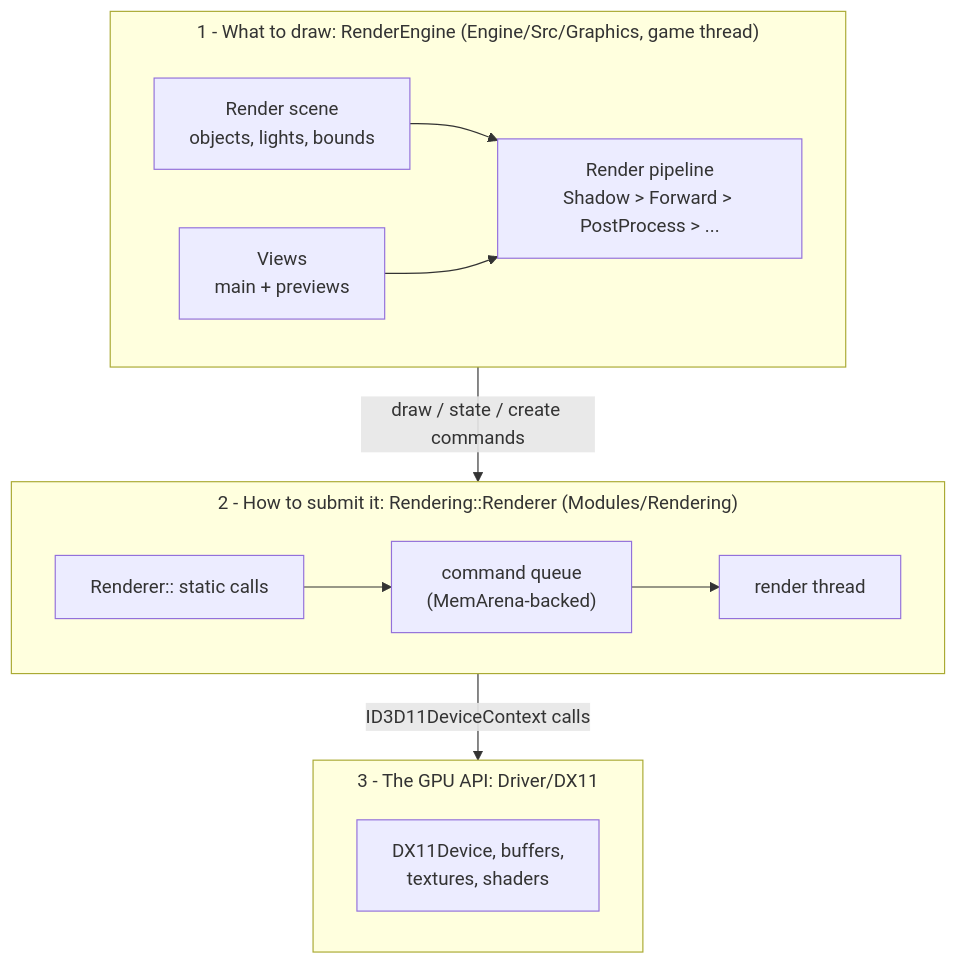
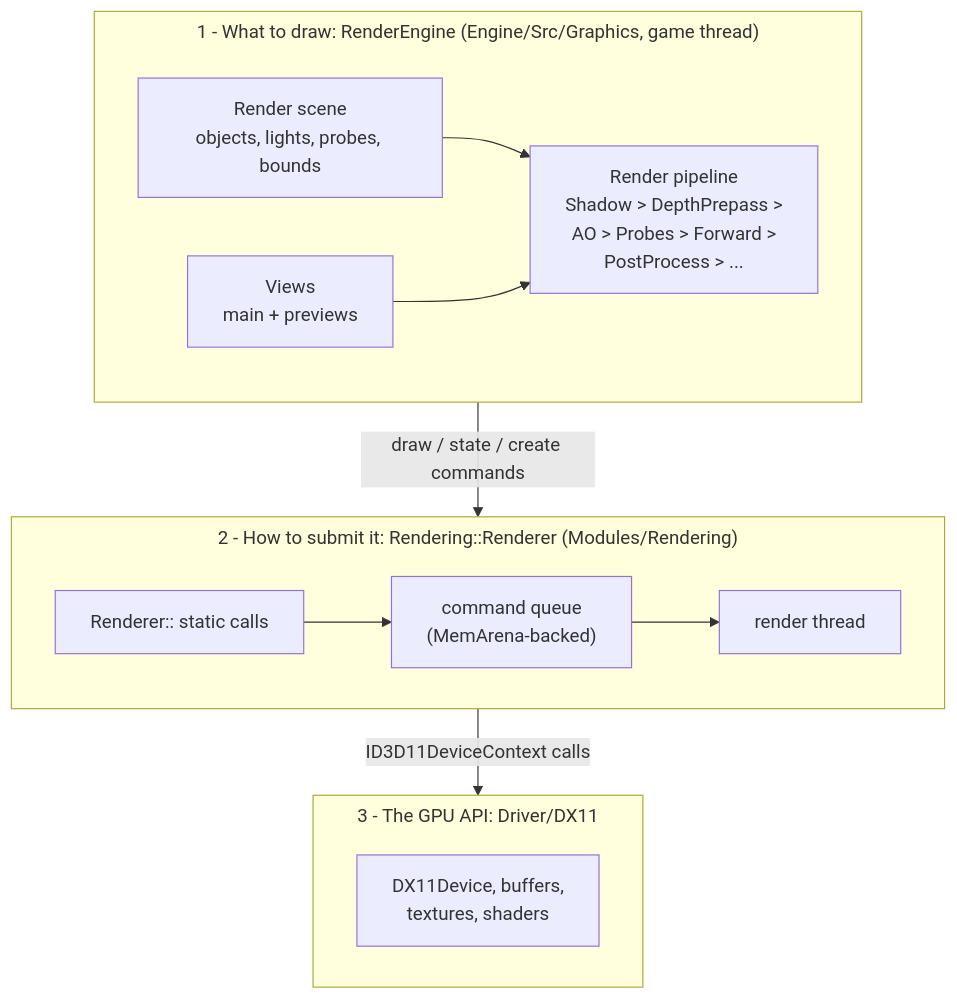
One commit to b1nary0/RZE changed the first of 2 diagrams in Docs/Generated/Engine/04-Rendering/Rendering-Overview.md. Above: the diagram before and after it, drawn with Mermaid. The commit also changed other lines of this file and 5 other files, not shown here.

````diff
--- a/Docs/Generated/Engine/04-Rendering/Rendering-Overview.md
+++ b/Docs/Generated/Engine/04-Rendering/Rendering-Overview.md
@@ -5,19 +5,19 @@
 ```mermaid
 %%{init: {'flowchart': {'subGraphTitleMargin': {'top': 6, 'bottom': 10}}, 'themeCSS': '.labelBkg, .edgeLabel { background-color: var(--background-primary) !important; } .messageText, .labelText, .loopText { paint-order: stroke; stroke: var(--background-primary); stroke-width: 5px; stroke-linejoin: round; }'}}%%
 flowchart TD
     subgraph L1["1 - What to draw: RenderEngine (Engine/Src/Graphics, game thread)"]
         direction LR
-        Scene["Render scene<br/>objects, lights, bounds"] --> Pipe["Render pipeline<br/>Shadow > Forward > PostProcess > ..."]
+        Scene["Render scene<br/>objects, lights, probes, bounds"] --> Pipe["Render pipeline<br/>Shadow > DepthPrepass ><br/>AO > Probes > Forward ><br/>PostProcess > ..."]
         Views["Views<br/>main + previews"] --> Pipe
     end
     subgraph L2["2 - How to submit it: Rendering::Renderer (Modules/Rendering)"]
         direction LR
         API["Renderer:: static calls"] --> Queue["command queue<br/>(MemArena-backed)"] --> Thread["render thread"]
     end
     subgraph L3["3 - The GPU API: Driver/DX11"]
         direction LR
         Dev["DX11Device, buffers,<br/>textures, shaders"]
     end
     L1 -->|"draw / state / create commands"| L2
     L2 -->|"ID3D11DeviceContext calls"| L3
 ```
````
